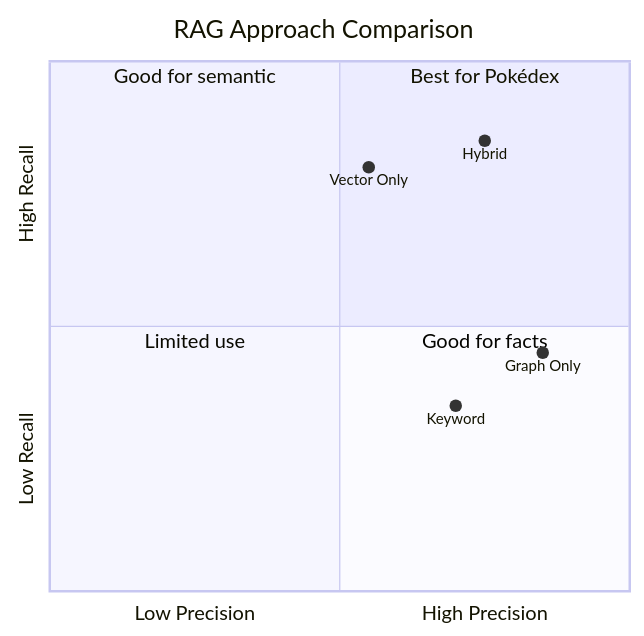
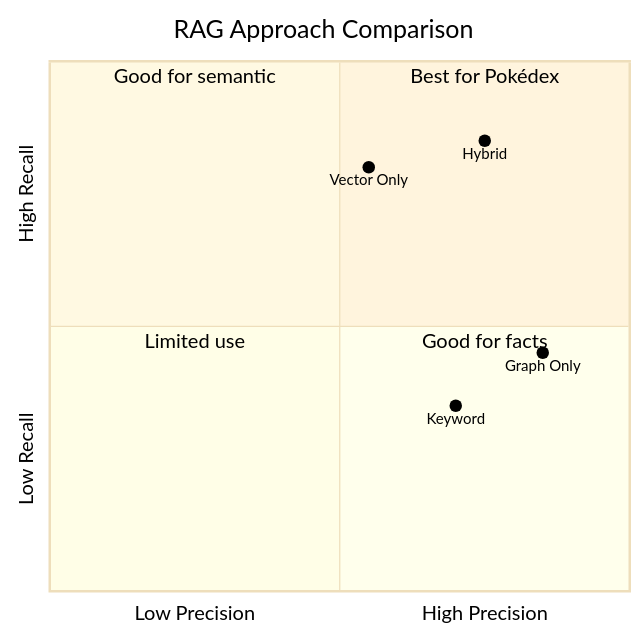
The sixth of 8 diagrams in docs/ARCHITECTURE.md (anirudhk-tech/Pokedex), drawn with Mermaid before and after one commit. The commit also changed other lines of this file and 2 other files, not shown here.

````diff
--- a/docs/ARCHITECTURE.md
+++ b/docs/ARCHITECTURE.md
@@ -516,15 +521,16 @@
 ```mermaid
+%%{init: {'theme': 'base', 'themeVariables': { 'primaryTextColor': '#000000', 'secondaryTextColor': '#000000', 'tertiaryTextColor': '#000000', 'quadrant1TextFill': '#000000', 'quadrant2TextFill': '#000000', 'quadrant3TextFill': '#000000', 'quadrant4TextFill': '#000000'}}}%%
 quadrantChart
     title RAG Approach Comparison
     x-axis Low Precision --> High Precision
     y-axis Low Recall --> High Recall
     quadrant-1 Best for Pokédex
     quadrant-2 Good for semantic
     quadrant-3 Limited use
     quadrant-4 Good for facts
     
     "Graph Only": [0.85, 0.45]
     "Vector Only": [0.55, 0.80]
     "Hybrid": [0.75, 0.85]
     "Keyword": [0.70, 0.35]
 ```
````
